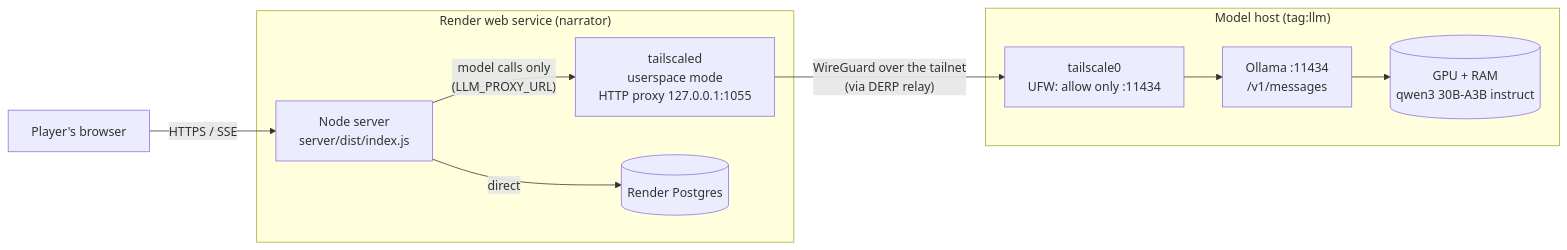
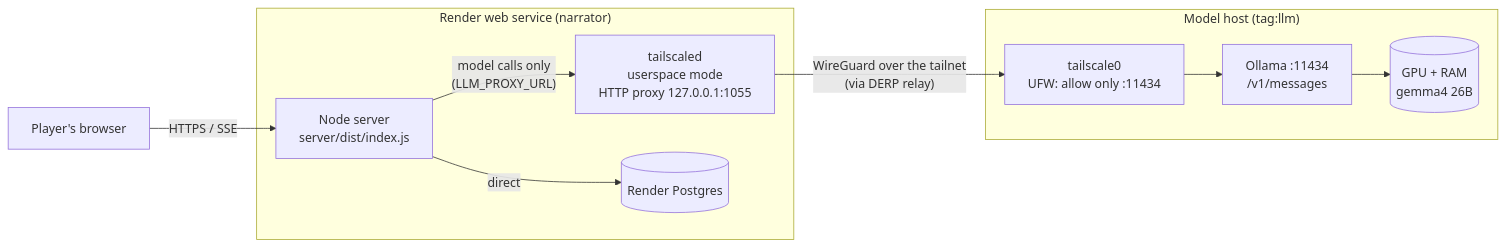
One commit to zdparr/world-runner changed the first of 2 diagrams in README.md. Above: the diagram before and after it, drawn with Mermaid. The commit also changed other lines of this file and 7 other files, not shown here.

````diff
--- a/README.md
+++ b/README.md
@@ -139,13 +139,13 @@
 ```mermaid
 flowchart LR
   B[Player's browser] -- HTTPS / SSE --> R
   subgraph Render["Render web service (narrator)"]
     R[Node server<br/>server/dist/index.js] -- "model calls only<br/>(LLM_PROXY_URL)" --> P[tailscaled<br/>userspace mode<br/>HTTP proxy 127.0.0.1:1055]
     R -- direct --> DB[(Render Postgres)]
   end
   P -- "WireGuard over the tailnet<br/>(via DERP relay)" --> T
   subgraph Home["Model host (tag:llm)"]
     T[tailscale0<br/>UFW: allow only :11434] --> O[Ollama :11434<br/>/v1/messages]
-    O --> G[(GPU + RAM<br/>qwen3 30B-A3B instruct)]
+    O --> G[(GPU + RAM<br/>gemma4 26B)]
   end
 ```
````
